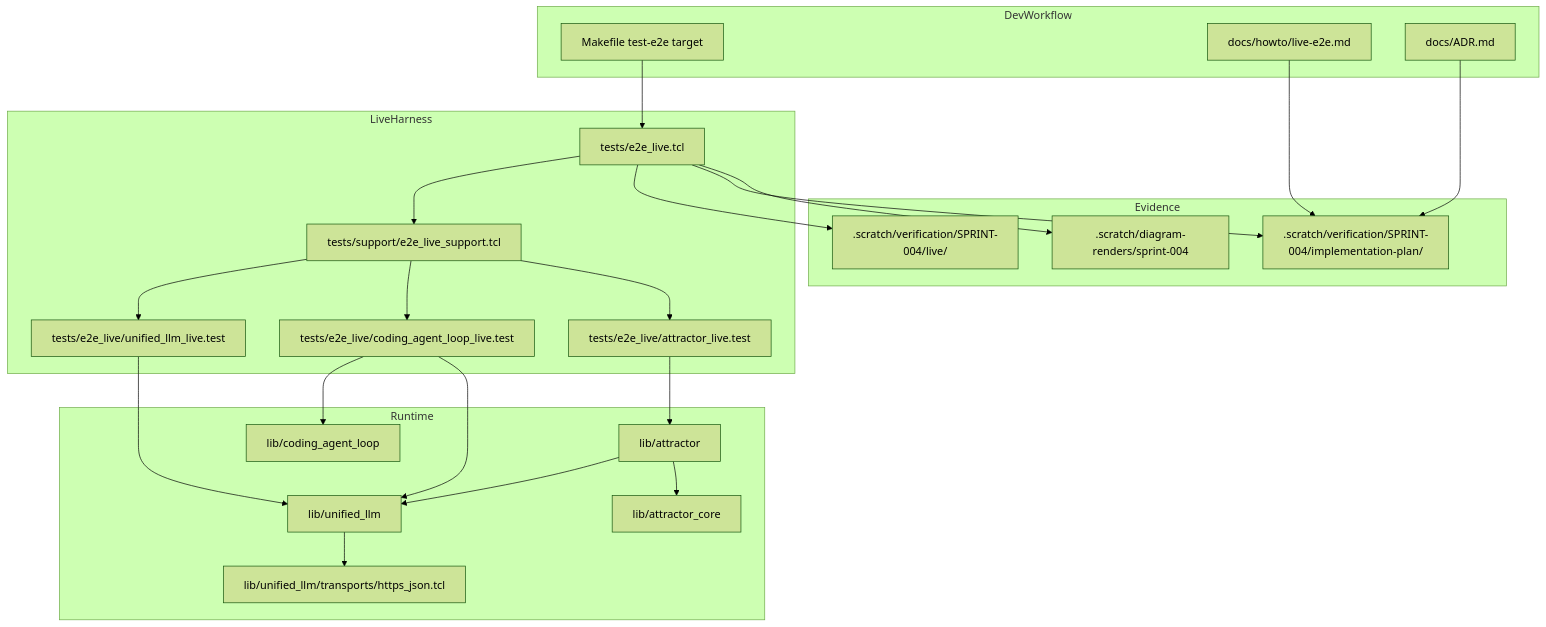
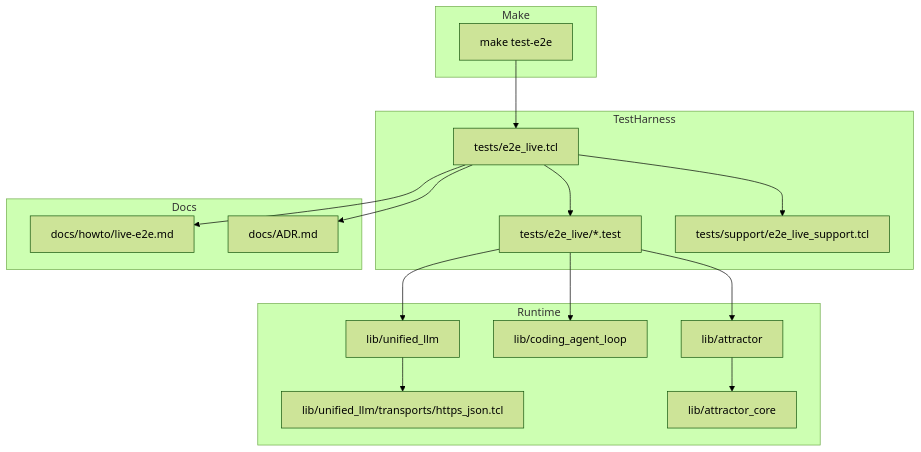
Before and after one commit to jaytaylor/attractor-tcl: the fifth of 5 diagrams in docs/sprints/SPRINT-004-comprehensive-implementation-plan.md, drawn with Mermaid (forest theme). The commit also changed other lines of this file, not shown here.

Commit message:
docs: synchronize sprint 004 comprehensive plan with verified completion

````diff
--- a/docs/sprints/SPRINT-004-comprehensive-implementation-plan.md
+++ b/docs/sprints/SPRINT-004-comprehensive-implementation-plan.md
@@ -2025,48 +1202,36 @@
 ```mermaid
 flowchart TB
-  subgraph DevWorkflow
-    MK[Makefile test-e2e target]
-    DOC[docs/howto/live-e2e.md]
-    ADR[docs/ADR.md]
+  subgraph Make
+    M1[make test-e2e]
   end
 
-  subgraph LiveHarness
-    EH[tests/e2e_live.tcl]
-    SUP[tests/support/e2e_live_support.tcl]
-    UTEST[tests/e2e_live/unified_llm_live.test]
-    CTEST[tests/e2e_live/coding_agent_loop_live.test]
-    ATEST[tests/e2e_live/attractor_live.test]
+  subgraph TestHarness
+    H1[tests/e2e_live.tcl]
+    H2[tests/e2e_live/*.test]
+    H3[tests/support/e2e_live_support.tcl]
   end
 
   subgraph Runtime
-    ULLM[lib/unified_llm]
-    TRANS[lib/unified_llm/transports/https_json.tcl]
-    CAL[lib/coding_agent_loop]
-    ATR[lib/attractor]
-    CORE[lib/attractor_core]
+    R1[lib/unified_llm]
+    R2[lib/unified_llm/transports/https_json.tcl]
+    R3[lib/coding_agent_loop]
+    R4[lib/attractor]
+    R5[lib/attractor_core]
   end
 
-  subgraph Evidence
-    LIVE[.scratch/verification/SPRINT-004/live/<run_id>]
-    PLAN[.scratch/verification/SPRINT-004/implementation-plan/<run_id>]
-    RENDER[.scratch/diagram-renders/sprint-004]
+  subgraph Docs
+    D1[docs/howto/live-e2e.md]
+    D2[docs/ADR.md]
   end
 
-  MK --> EH
-  EH --> SUP
-  SUP --> UTEST
-  SUP --> CTEST
-  SUP --> ATEST
-  UTEST --> ULLM
-  CTEST --> CAL
-  CTEST --> ULLM
-  ATEST --> ATR
-  ATR --> ULLM
-  ATR --> CORE
-  ULLM --> TRANS
-  EH --> LIVE
-  EH --> PLAN
-  DOC --> PLAN
-  ADR --> PLAN
-  EH --> RENDER
+  M1 --> H1
+  H1 --> H2
+  H1 --> H3
+  H2 --> R1
+  R1 --> R2
+  H2 --> R3
+  H2 --> R4
+  R4 --> R5
+  H1 --> D1
+  H1 --> D2
 ```
````
